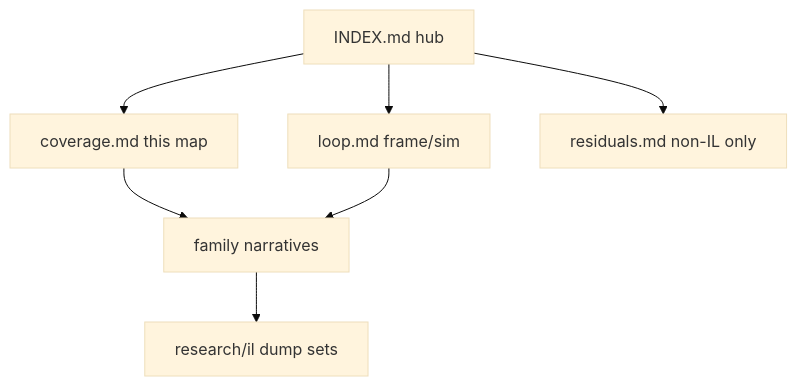
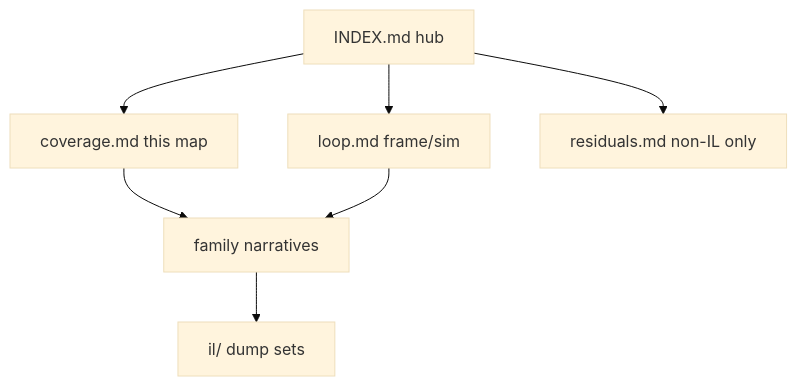
The diagram in docs/coverage.md (hordeforge/7dtd-engine-research), drawn with Mermaid (base theme) before and after one commit. The commit also changed other lines of this file and 64 other files, not shown here.

````diff
--- a/docs/coverage.md
+++ b/docs/coverage.md
@@ -13,10 +14,10 @@
 ```mermaid
 flowchart TB
   IDX[INDEX.md hub]
   IDX --> COV[coverage.md this map]
   IDX --> LOOP[loop.md frame/sim]
   IDX --> RES[residuals.md non-IL only]
   COV --> FAM[family narratives]
-  FAM --> IL[research/il dump sets]
+  FAM --> IL[il/ dump sets]
   LOOP --> FAM
 ```
````
